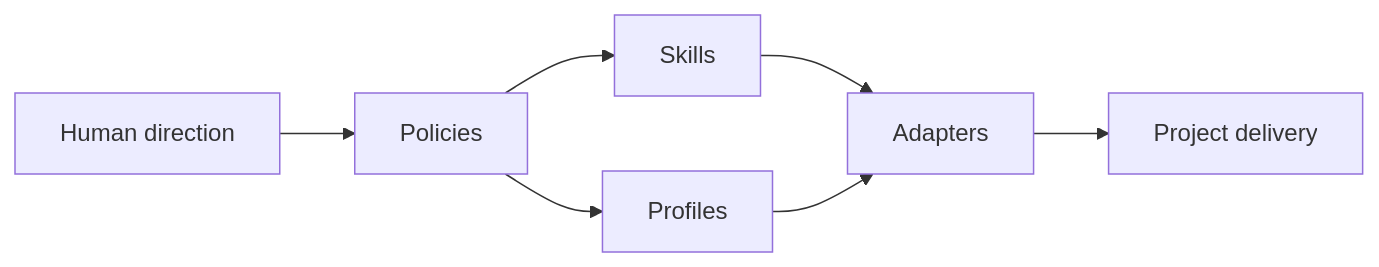
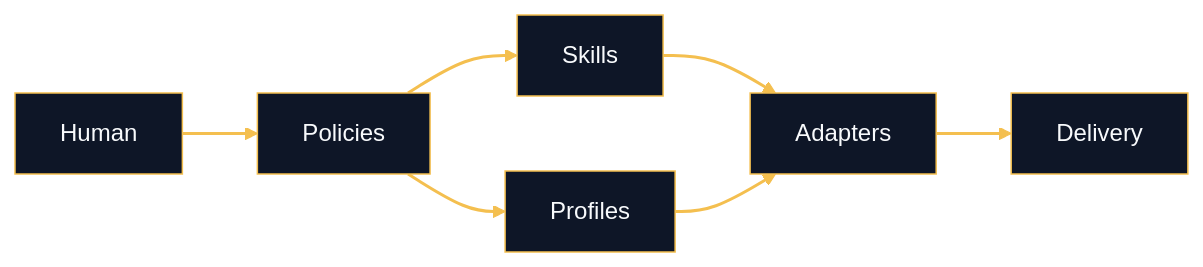
The diagram in README.md (hakienit/hakienit), drawn with Mermaid before and after one commit. The commit also changed 1 other file, not shown here.

Commit message:
fix: keep banner pulse on connectors

````diff
--- a/README.md
+++ b/README.md
@@ -66,9 +66,13 @@
 ```mermaid
+%%{init: {"theme": "base", "themeVariables": {"background": "#020617", "primaryColor": "#0E1627", "primaryTextColor": "#F8FAFC", "primaryBorderColor": "#F4BF4F", "lineColor": "#F4BF4F", "secondaryColor": "#111D31", "tertiaryColor": "#0E1627", "fontFamily": "ui-monospace"}}}%%
 flowchart LR
-  H[Human direction] --> P[Policies]
+  H[Human] --> P[Policies]
   P --> S[Skills]
   P --> R[Profiles]
   S --> A[Adapters]
   R --> A
-  A --> D[Project delivery]
+  A --> D[Delivery]
+  classDef core fill:#0E1627,stroke:#F4BF4F,color:#F8FAFC,stroke-width:1px
+  class H,P,S,R,A,D core
+  linkStyle default stroke:#F4BF4F,stroke-width:2px
 ```
````
